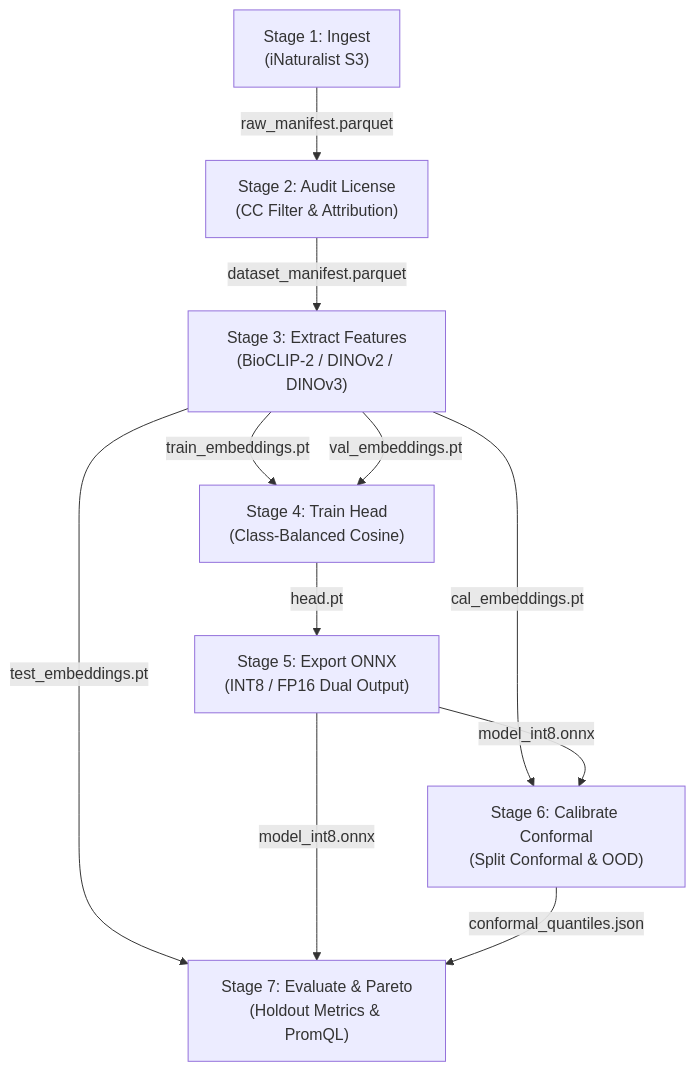
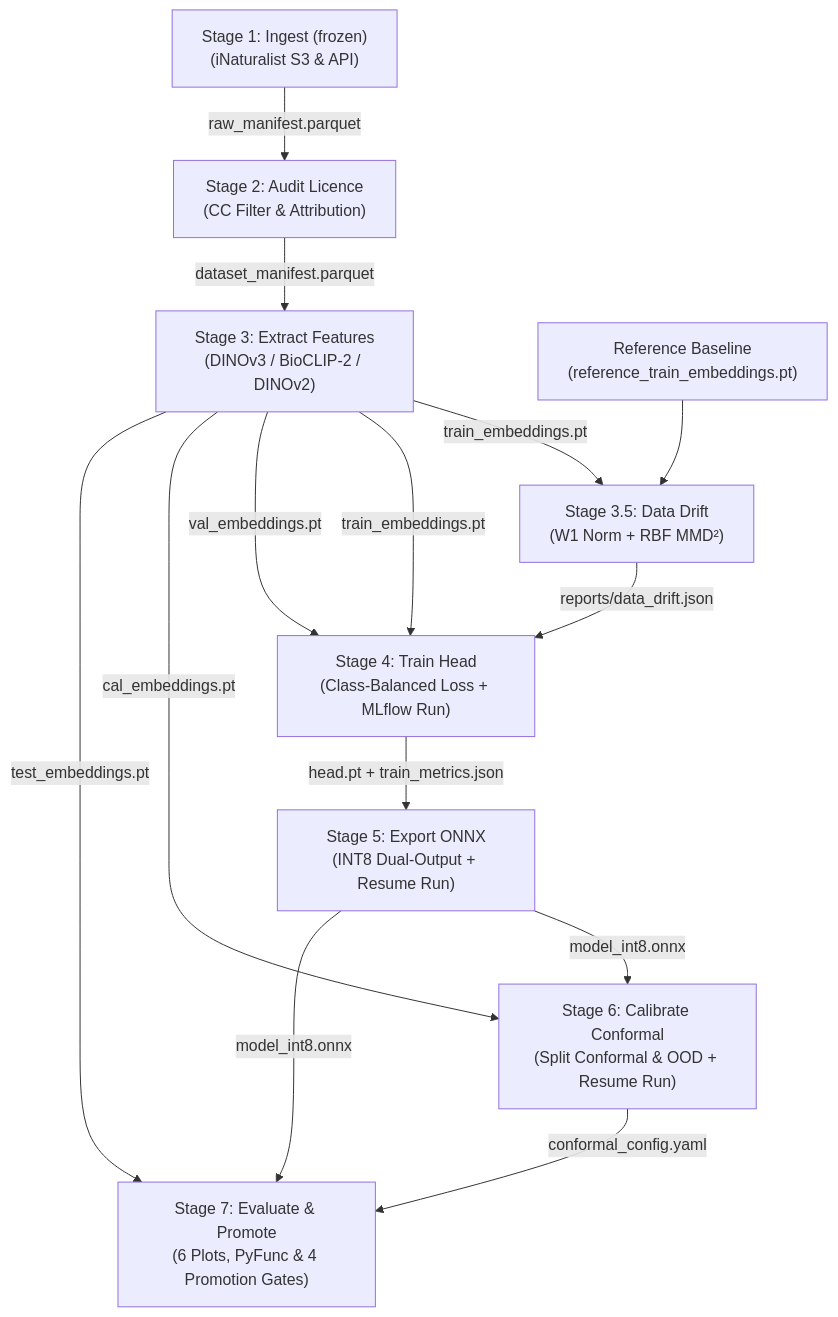
Before and after one commit to foersben/taxon-vision-mlops: the diagram in docs/architecture/data_flow_matrix.md, drawn with Mermaid. The commit also changed other lines of this file and 26 other files, not shown here.

Commit message:
docs(zensical): document closed-loop MLOps, MLflow 3, drift orchestration, security, and staging

````diff
--- a/docs/architecture/data_flow_matrix.md
+++ b/docs/architecture/data_flow_matrix.md
@@ -34,13 +38,18 @@
 ```mermaid
 flowchart TD
-    S1["Stage 1: Ingest<br/>(iNaturalist S3)"] -->|"raw_manifest.parquet"| S2["Stage 2: Audit License<br/>(CC Filter & Attribution)"]
-    S2 -->|"dataset_manifest.parquet"| S3["Stage 3: Extract Features<br/>(BioCLIP-2 / DINOv2 / DINOv3)"]
-    S3 -->|"train_embeddings.pt"| S4["Stage 4: Train Head<br/>(Class-Balanced Cosine)"]
+    S1["Stage 1: Ingest (frozen)<br/>(iNaturalist S3 & API)"] -->|"raw_manifest.parquet"| S2["Stage 2: Audit Licence<br/>(CC Filter & Attribution)"]
+    S2 -->|"dataset_manifest.parquet"| S3["Stage 3: Extract Features<br/>(DINOv3 / BioCLIP-2 / DINOv2)"]
+
+    REF["Reference Baseline<br/>(reference_train_embeddings.pt)"] --> S35["Stage 3.5: Data Drift<br/>(W1 Norm + RBF MMD²)"]
+    S3 -->|"train_embeddings.pt"| S35
+    S35 -->|"reports/data_drift.json"| S4["Stage 4: Train Head<br/>(Class-Balanced Loss + MLflow Run)"]
+
+    S3 -->|"train_embeddings.pt"| S4
     S3 -->|"val_embeddings.pt"| S4
-    S4 -->|"head.pt"| S5["Stage 5: Export ONNX<br/>(INT8 / FP16 Dual Output)"]
-    S3 -->|"cal_embeddings.pt"| S6["Stage 6: Calibrate Conformal<br/>(Split Conformal & OOD)"]
+    S4 -->|"head.pt + train_metrics.json"| S5["Stage 5: Export ONNX<br/>(INT8 Dual-Output + Resume Run)"]
+    S3 -->|"cal_embeddings.pt"| S6["Stage 6: Calibrate Conformal<br/>(Split Conformal & OOD + Resume Run)"]
     S5 -->|"model_int8.onnx"| S6
-    S3 -->|"test_embeddings.pt"| S7["Stage 7: Evaluate & Pareto<br/>(Holdout Metrics & PromQL)"]
+    S3 -->|"test_embeddings.pt"| S7["Stage 7: Evaluate & Promote<br/>(6 Plots, PyFunc & 4 Promotion Gates)"]
     S5 -->|"model_int8.onnx"| S7
-    S6 -->|"conformal_quantiles.json"| S7
+    S6 -->|"conformal_config.yaml"| S7
 ```
````
